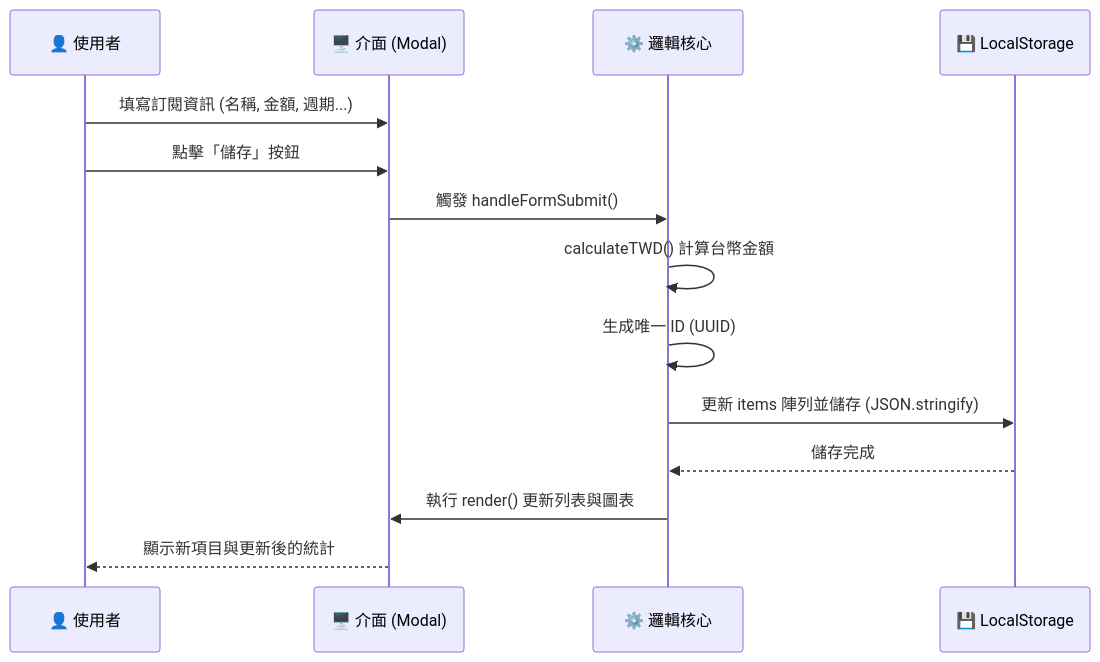
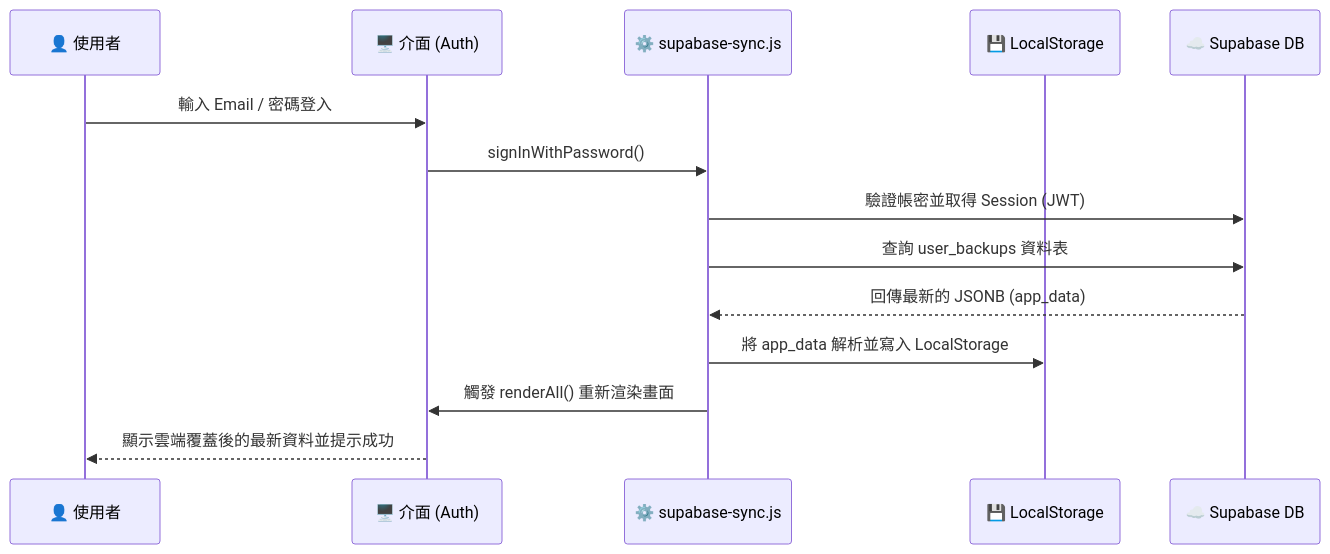
The second of 2 diagrams in system_documentation.md (c14712369/SubItemManager), drawn with Mermaid before and after one commit. The commit also changed other lines of this file and 11 other files, not shown here.

````diff
--- a/system_documentation.md
+++ b/system_documentation.md
@@ -61,17 +85,17 @@
 ```mermaid
 sequenceDiagram
     participant User as 👤 使用者
-    participant UI as 🖥️ 介面 (Modal)
-    participant JS as ⚙️ 邏輯核心
+    participant UI as 🖥️ 介面 (Auth)
+    participant JS as ⚙️ supabase-sync.js
     participant LS as 💾 LocalStorage
+    participant DB as ☁️ Supabase DB
 
-    User->>UI: 填寫訂閱資訊 (名稱, 金額, 週期...)
-    User->>UI: 點擊「儲存」按鈕
-    UI->>JS: 觸發 handleFormSubmit()
-    JS->>JS: calculateTWD() 計算台幣金額
-    JS->>JS: 生成唯一 ID (UUID)
-    JS->>LS: 更新 items 陣列並儲存 (JSON.stringify)
-    LS-->>JS: 儲存完成
-    JS->>UI: 執行 render() 更新列表與圖表
-    UI-->>User: 顯示新項目與更新後的統計
+    User->>UI: 輸入 Email / 密碼登入
+    UI->>JS: signInWithPassword()
+    JS->>DB: 驗證帳密並取得 Session (JWT)
+    JS->>DB: 查詢 user_backups 資料表
+    DB-->>JS: 回傳最新的 JSONB (app_data)
+    JS->>LS: 將 app_data 解析並寫入 LocalStorage
+    JS->>UI: 觸發 renderAll() 重新渲染畫面
+    UI-->>User: 顯示雲端覆蓋後的最新資料並提示成功
 ```
````
